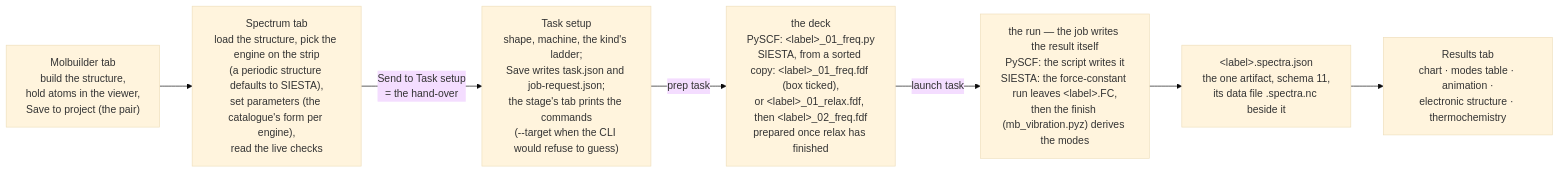
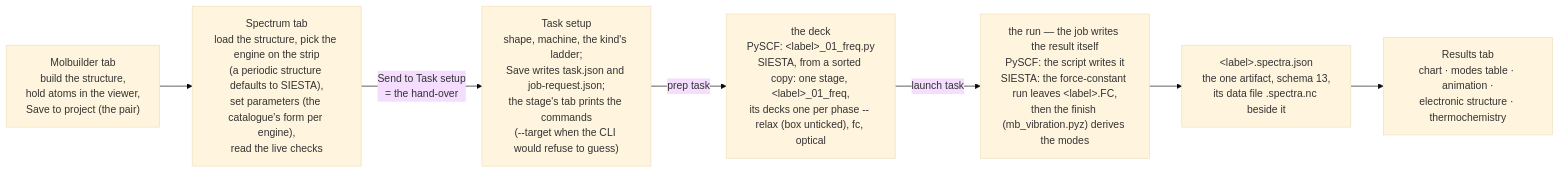
The first of 2 diagrams in docs/engines/vibration.md (Qing-LAB/molbuilder), drawn with Mermaid (base theme) before and after one commit. The commit also changed other lines of this file and 24 other files, not shown here.

````diff
--- a/docs/engines/vibration.md
+++ b/docs/engines/vibration.md
@@ -195,9 +195,9 @@
 ```mermaid
 flowchart LR
   M["Molbuilder tab<br/>build the structure,<br/>hold atoms in the viewer,<br/>Save to project (the pair)"] --> S["Spectrum tab<br/>load the structure, pick the engine on the strip<br/>(a periodic structure defaults to SIESTA),<br/>set parameters (the catalogue's form per engine),<br/>read the live checks"]
   S -->|"Send to Task setup<br/>= the hand-over"| T["Task setup<br/>shape, machine, the kind's ladder;<br/>Save writes task.json and job-request.json;<br/>the stage's tab prints the commands<br/>(--target when the CLI would refuse to guess)"]
-  T -->|"prep task"| P["the deck<br/>PySCF: &lt;label&gt;_01_freq.py<br/>SIESTA, from a sorted copy: &lt;label&gt;_01_freq.fdf (box ticked),<br/>or &lt;label&gt;_01_relax.fdf, then &lt;label&gt;_02_freq.fdf<br/>prepared once relax has finished"]
+  T -->|"prep task"| P["the deck<br/>PySCF: &lt;label&gt;_01_freq.py<br/>SIESTA, from a sorted copy: one stage, &lt;label&gt;_01_freq,<br/>its decks one per phase -- relax (box unticked), fc, optical"]
   P -->|"launch task"| R["the run — the job writes the result itself<br/>PySCF: the script writes it<br/>SIESTA: the force-constant run leaves &lt;label&gt;.FC,<br/>then the finish (mb_vibration.pyz) derives the modes"]
-  R --> A["&lt;label&gt;.spectra.json<br/>the one artifact, schema 11,<br/>its data file .spectra.nc beside it"]
+  R --> A["&lt;label&gt;.spectra.json<br/>the one artifact, schema 13,<br/>its data file .spectra.nc beside it"]
   A --> V["Results tab<br/>chart · modes table · animation ·<br/>electronic structure · thermochemistry"]
 ```
````
